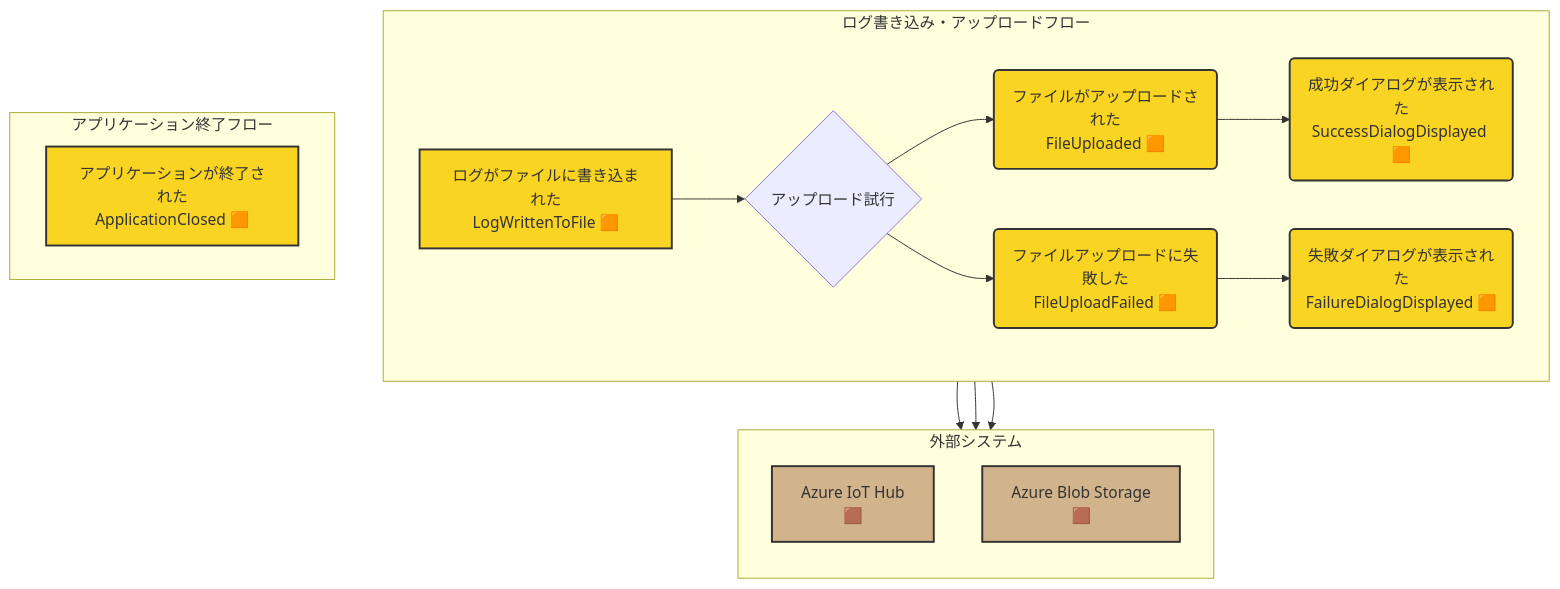
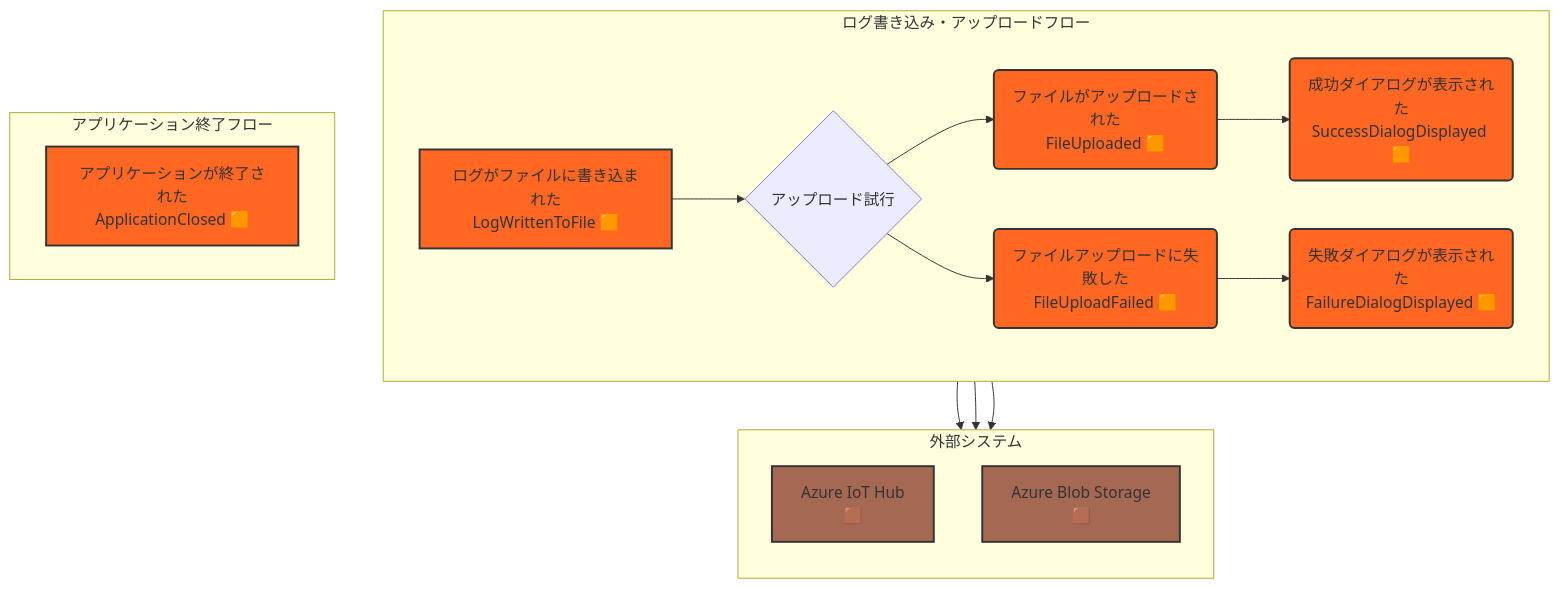
Before and after one commit to hydrangeas/ai-dev-test1: the diagram in .clinerules/specs/step1.md, drawn with Mermaid. The commit also changed 1 other file, not shown here.

Commit message:
タイムラインの色のルールを変更

````diff
--- a/.clinerules/specs/step1.md
+++ b/.clinerules/specs/step1.md
@@ -5,37 +5,37 @@
 ```mermaid
 graph TB
     subgraph MainFlow[ログ書き込み・アップロードフロー]
         direction LR
         A[ログがファイルに書き込まれた<br/>LogWrittenToFile 🟧] --> B{アップロード試行}
         B --> C(ファイルがアップロードされた<br/>FileUploaded 🟧)
         B --> D(ファイルアップロードに失敗した<br/>FileUploadFailed 🟧)
         C --> E(成功ダイアログが表示された<br/>SuccessDialogDisplayed 🟧)
         D --> F(失敗ダイアログが表示された<br/>FailureDialogDisplayed 🟧)
     end
 
     subgraph AppClose[アプリケーション終了フロー]
          direction LR
          G[アプリケーションが終了された<br/>ApplicationClosed 🟧]
     end
 
     %% 外部システム
     subgraph ExternalSystems[外部システム]
         direction TB
         Ext1[Azure IoT Hub<br/>🟫]
         Ext2[Azure Blob Storage<br/>🟫]
     end
 
     %% イベントと外部システムの関連
     %% FileUploadedはIoT Hub経由でBlob Storageに書き込まれるため両方に関連
     C --> Ext1
     C --> Ext2
     %% FileUploadFailedはIoT Hubとの通信失敗を含むためIoT Hubに関連
     D --> Ext1
 
     %% スタイル定義
-    classDef event fill:#f9d423,stroke:#333,stroke-width:2px;
-    classDef externalSystem fill:#D2B48C,stroke:#333,stroke-width:2px;
+    classDef event fill:#ff6723,stroke:#333,stroke-width:2px;
+    classDef externalSystem fill:#a56953,stroke:#333,stroke-width:2px;
     class A,C,D,E,F,G event;
     class Ext1,Ext2 externalSystem;
     %% Bは仮の分岐点であり、イベントではない
 ```
````
